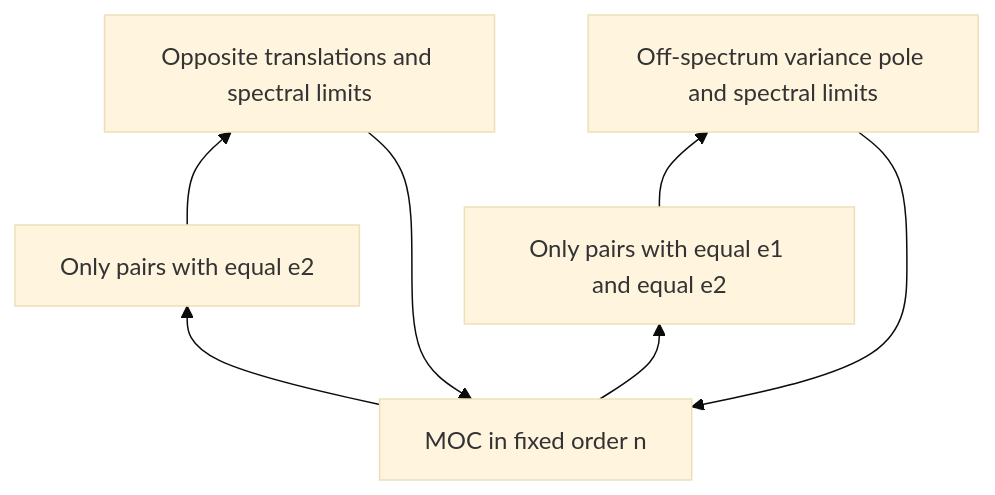
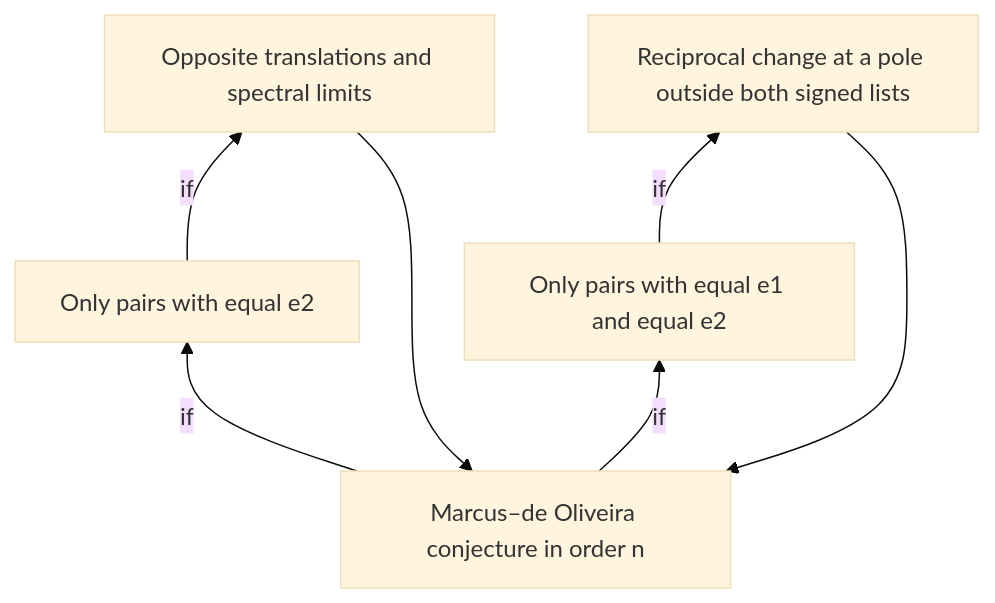
Before and after one commit to ascendnoosphere/MOC: the diagram in Docs/equal-spectral-coefficients-proof-map.md, drawn with Mermaid (base theme). The commit also changed other lines of this file and 148 other files, not shown here.

````diff
--- a/Docs/equal-spectral-coefficients-proof-map.md
+++ b/Docs/equal-spectral-coefficients-proof-map.md
@@ -12,12 +15,12 @@
 ```mermaid
 flowchart BT
-    Full["MOC in fixed order n"]
+    Full["Marcus–de Oliveira conjecture in order n"]
     Second["Only pairs with equal e2"]
     Both["Only pairs with equal e1 and equal e2"]
     Shift["Opposite translations and spectral limits"]
-    Pole["Off-spectrum variance pole and spectral limits"]
-    Second --> Shift --> Full
-    Both --> Pole --> Full
-    Full --> Second
-    Full --> Both
+    Pole["Reciprocal change at a pole outside both signed lists"]
+    Second -->|if| Shift --> Full
+    Both -->|if| Pole --> Full
+    Full -->|if| Second
+    Full -->|if| Both
 ```
````
